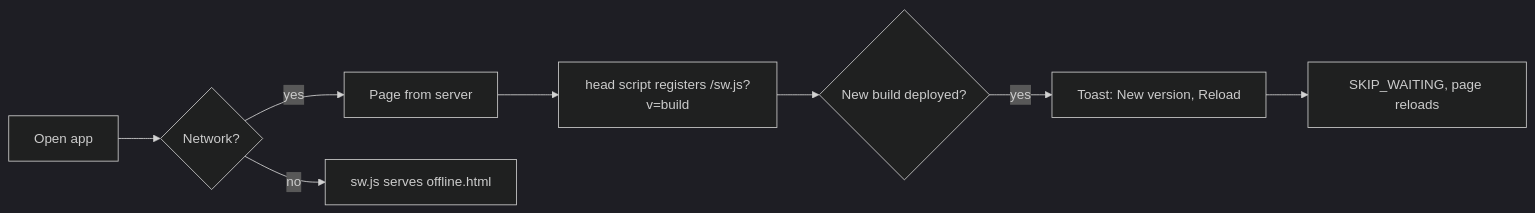
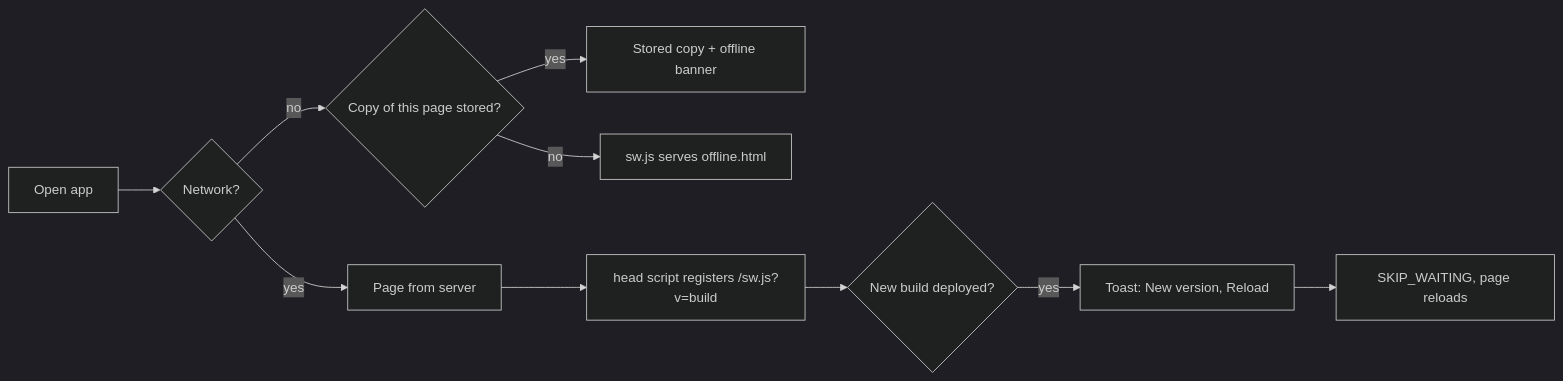
Before and after one commit to Ajamuar/pulse: the first of 4 diagrams in docs/pwa.md, drawn with Mermaid (dark theme). The commit also changed other lines of this file and 30 other files, not shown here.

````diff
--- a/docs/pwa.md
+++ b/docs/pwa.md
@@ -24,10 +27,12 @@
 ```mermaid
 flowchart LR
   A[Open app] --> B{Network?}
   B -- yes --> C[Page from server]
-  B -- no --> D[sw.js serves offline.html]
+  B -- no --> X{Copy of this page stored?}
+  X -- yes --> Y[Stored copy + offline banner]
+  X -- no --> D[sw.js serves offline.html]
   C --> E[head script registers /sw.js?v=build]
   E --> F{New build deployed?}
   F -- yes --> G[Toast: New version, Reload]
   G --> H[SKIP_WAITING, page reloads]
 ```
````
